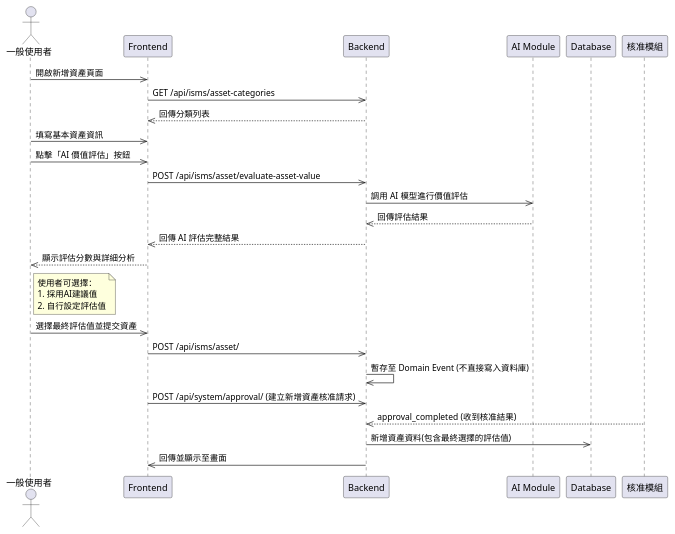
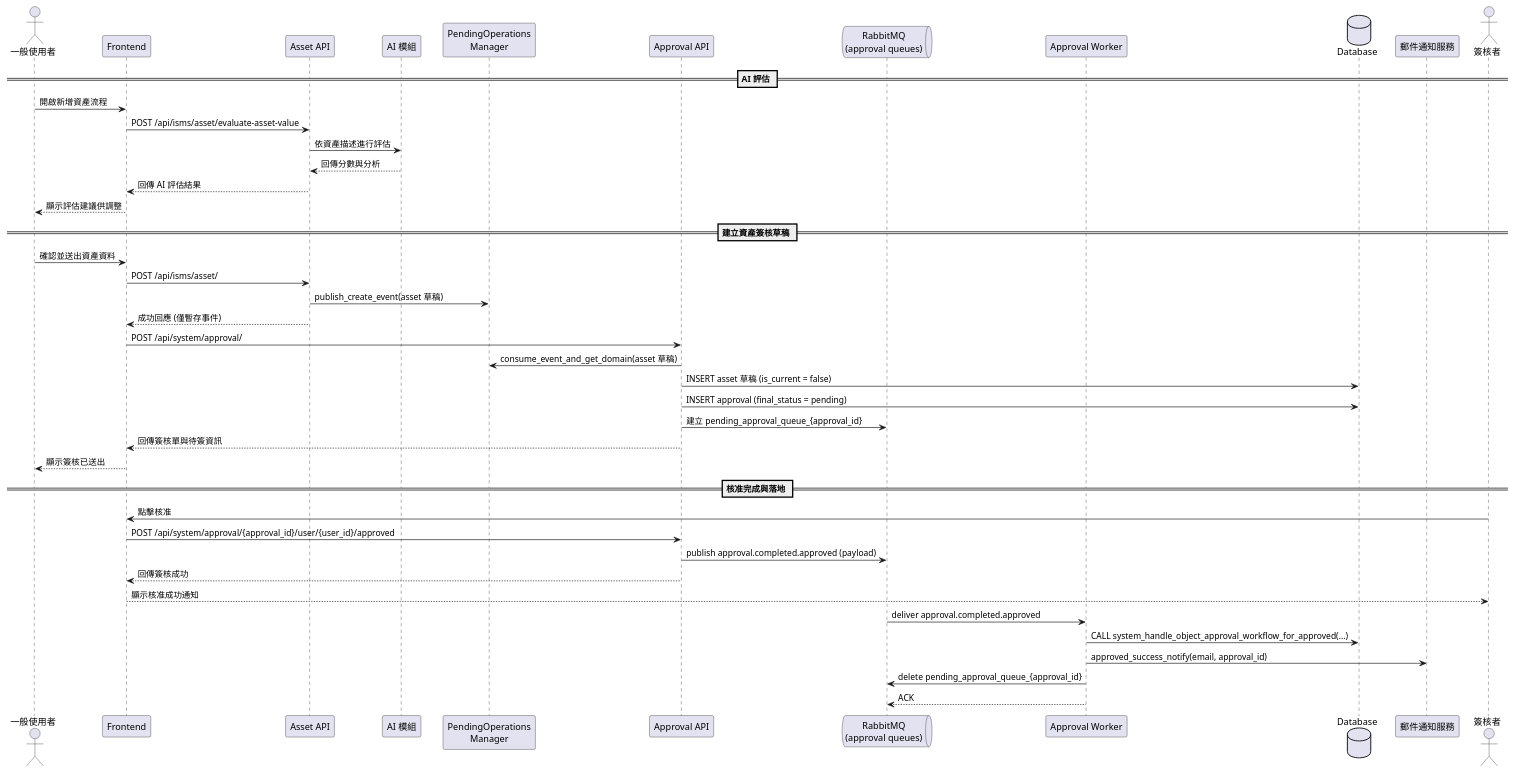
Before and after one commit to walle45611/NTUB_SecuManag_Diagram: the diagram in plantUML/sequence/asset_create.puml, drawn with PlantUML. The commit also changed 12 other files, not shown here.

Commit message:
feat: 更新多個流程圖，整合 AI 評估與核准流程，增強可讀性與結構

```diff
--- a/plantUML/sequence/asset_create.puml
+++ b/plantUML/sequence/asset_create.puml
@@ -1,27 +1,52 @@
 @startuml
+skinparam ParticipantPadding 12
+skinparam BoxPadding 6
+
 actor User as "一般使用者"
 participant Frontend
-participant Backend
-participant "AI Module" as AI
-participant Database
-participant Approval as "核准模組"
+participant "Asset API" as AssetAPI
+participant "AI 模組" as AI
+participant "PendingOperations\nManager" as POM
+participant "Approval API" as ApprovalAPI
+queue "RabbitMQ\n(approval queues)" as MQ
+participant "Approval Worker" as Worker
+database Database
+participant "郵件通知服務" as Mail
 
-User->>Frontend: 開啟新增資產頁面
-Frontend->>Backend: GET /api/isms/asset-categories
-Backend-->>Frontend: 回傳分類列表
-User->>Frontend: 填寫基本資產資訊
-User->>Frontend: 點擊「AI 價值評估」按鈕
-Frontend->>Backend: POST /api/isms/asset/evaluate-asset-value
-Backend->>AI: 調用 AI 模型進行價值評估
-AI-->>Backend: 回傳評估結果
-Backend-->>Frontend: 回傳 AI 評估完整結果
-Frontend-->>User: 顯示評估分數與詳細分析
-note right of User: 使用者可選擇：\n1. 採用AI建議值\n2. 自行設定評估值
-User->>Frontend: 選擇最終評估值並提交資產
-Frontend->>Backend: POST /api/isms/asset/
-Backend->>Backend: 暫存至 Domain Event (不直接寫入資料庫)
-Frontend->>Backend: POST /api/system/approval/ (建立新增資產核准請求)
-Approval-->>Backend: approval_completed (收到核准結果)
-Backend->>Database: 新增資產資料(包含最終選擇的評估值)
-Backend->>Frontend: 回傳並顯示至畫面
+== AI 評估 ==
+User -> Frontend: 開啟新增資產流程
+Frontend -> AssetAPI: POST /api/isms/asset/evaluate-asset-value
+AssetAPI -> AI: 依資產描述進行評估
+AI --> AssetAPI: 回傳分數與分析
+AssetAPI --> Frontend: 回傳 AI 評估結果
+Frontend --> User: 顯示評估建議供調整
+
+== 建立資產簽核草稿 ==
+User -> Frontend: 確認並送出資產資料
+Frontend -> AssetAPI: POST /api/isms/asset/
+AssetAPI -> POM: publish_create_event(asset 草稿)
+AssetAPI --> Frontend: 成功回應 (僅暫存事件)
+
+Frontend -> ApprovalAPI: POST /api/system/approval/
+ApprovalAPI -> POM: consume_event_and_get_domain(asset 草稿)
+ApprovalAPI -> Database: INSERT asset 草稿 (is_current = false)
+ApprovalAPI -> Database: INSERT approval (final_status = pending)
+ApprovalAPI -> MQ: 建立 pending_approval_queue_{approval_id}
+ApprovalAPI --> Frontend: 回傳簽核單與待簽資訊
+Frontend --> User: 顯示簽核已送出
+
+== 核准完成與落地 ==
+actor Signer as "簽核者"
+Signer -> Frontend: 點擊核准
+Frontend -> ApprovalAPI: POST /api/system/approval/{approval_id}/user/{user_id}/approved
+ApprovalAPI -> MQ: publish approval.completed.approved (payload)
+ApprovalAPI --> Frontend: 回傳簽核成功
+Frontend --> Signer: 顯示核准成功通知
+
+MQ -> Worker: deliver approval.completed.approved
+Worker -> Database: CALL system_handle_object_approval_workflow_for_approved(...)
+Worker -> Mail: approved_success_notify(email, approval_id)
+Worker -> MQ: delete pending_approval_queue_{approval_id}
+Worker --> MQ: ACK
+
 @enduml
```
